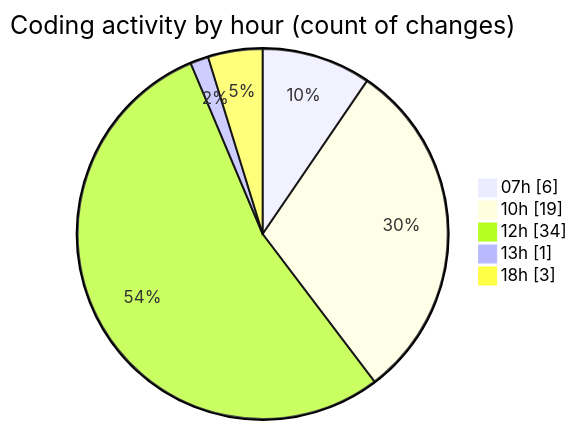
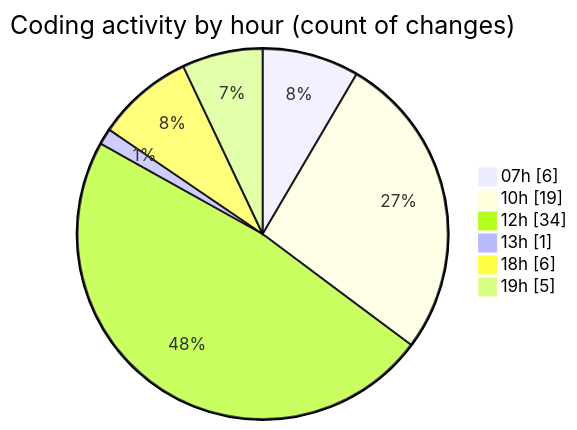
The second of 2 diagrams in 2025-08-14/rentotp/README.md (lephambinh05/code-tracking), drawn with Mermaid before and after one commit. The commit also changed other lines of this file and 1 other file, not shown here.

````diff
--- a/2025-08-14/rentotp/README.md
+++ b/2025-08-14/rentotp/README.md
@@ -34,9 +34,10 @@
 ```mermaid
 pie showData
 title Coding activity by hour (count of changes)
 "07h" : 6
 "10h" : 19
 "12h" : 34
 "13h" : 1
-"18h" : 3
+"18h" : 6
+"19h" : 5
 ```
````
